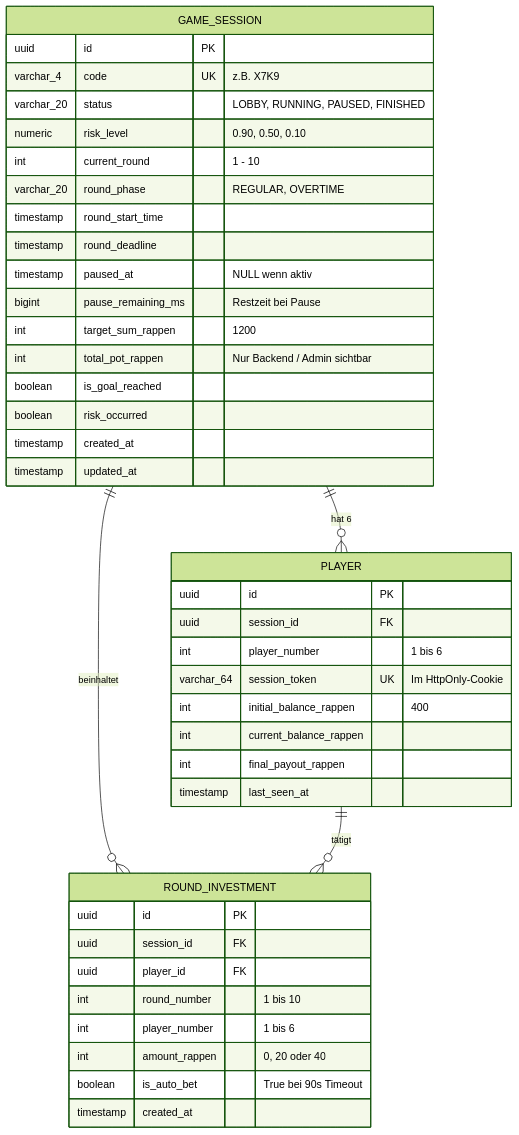
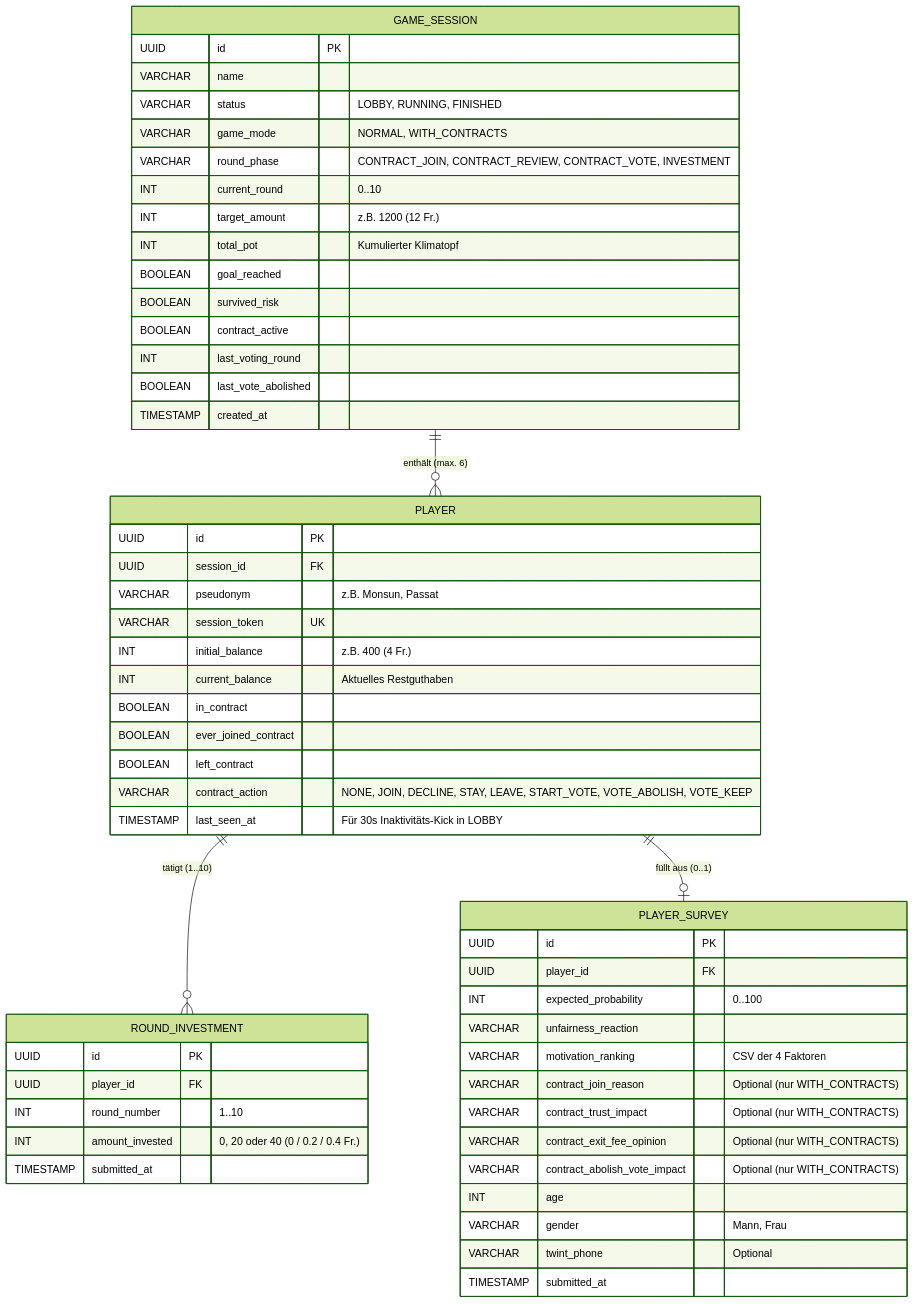
One commit to RomanBerli/climate-crd-game changed the second of 3 diagrams in plan.md. Above: the diagram before and after it, drawn with Mermaid (forest theme). The commit also changed other lines of this file and 2 other files, not shown here.

````diff
--- a/plan.md
+++ b/plan.md
@@ -39,47 +54,61 @@
 ```mermaid
 erDiagram
-    GAME_SESSION ||--o{ PLAYER : "hat 6"
-    GAME_SESSION ||--o{ ROUND_INVESTMENT : "beinhaltet"
-    PLAYER ||--o{ ROUND_INVESTMENT : "tätigt"
+    GAME_SESSION ||--o{ PLAYER : "enthält (max. 6)"
+    PLAYER ||--o{ ROUND_INVESTMENT : "tätigt (1..10)"
+    PLAYER ||--o| PLAYER_SURVEY : "füllt aus (0..1)"
 
     GAME_SESSION {
-        uuid id PK
-        varchar_4 code UK "z.B. X7K9"
-        varchar_20 status "LOBBY, RUNNING, PAUSED, FINISHED"
-        numeric risk_level "0.90, 0.50, 0.10"
-        int current_round "1 - 10"
-        varchar_20 round_phase "REGULAR, OVERTIME"
-        timestamp round_start_time
-        timestamp round_deadline
-        timestamp paused_at "NULL wenn aktiv"
-        bigint pause_remaining_ms "Restzeit bei Pause"
-        int target_sum_rappen "1200"
-        int total_pot_rappen "Nur Backend / Admin sichtbar"
-        boolean is_goal_reached
-        boolean risk_occurred
-        timestamp created_at
-        timestamp updated_at
+        UUID id PK
+        VARCHAR name
+        VARCHAR status "LOBBY, RUNNING, FINISHED"
+        VARCHAR game_mode "NORMAL, WITH_CONTRACTS"
+        VARCHAR round_phase "CONTRACT_JOIN, CONTRACT_REVIEW, CONTRACT_VOTE, INVESTMENT"
+        INT current_round "0..10"
+        INT target_amount "z.B. 1200 (12 Fr.)"
+        INT total_pot "Kumulierter Klimatopf"
+        BOOLEAN goal_reached
+        BOOLEAN survived_risk
+        BOOLEAN contract_active
+        INT last_voting_round
+        BOOLEAN last_vote_abolished
+        TIMESTAMP created_at
     }
 
     PLAYER {
-        uuid id PK
-        uuid session_id FK
-        int player_number "1 bis 6"
-        varchar_64 session_token UK "Im HttpOnly-Cookie"
-        int initial_balance_rappen "400"
-        int current_balance_rappen
-        int final_payout_rappen
-        timestamp last_seen_at
+        UUID id PK
+        UUID session_id FK
+        VARCHAR pseudonym "z.B. Monsun, Passat"
+        VARCHAR session_token UK
+        INT initial_balance "z.B. 400 (4 Fr.)"
+        INT current_balance "Aktuelles Restguthaben"
+        BOOLEAN in_contract
+        BOOLEAN ever_joined_contract
+        BOOLEAN left_contract
+        VARCHAR contract_action "NONE, JOIN, DECLINE, STAY, LEAVE, START_VOTE, VOTE_ABOLISH, VOTE_KEEP"
+        TIMESTAMP last_seen_at "Für 30s Inaktivitäts-Kick in LOBBY"
     }
 
     ROUND_INVESTMENT {
-        uuid id PK
-        uuid session_id FK
-        uuid player_id FK
-        int round_number "1 bis 10"
-        int player_number "1 bis 6"
-        int amount_rappen "0, 20 oder 40"
-        boolean is_auto_bet "True bei 90s Timeout"
-        timestamp created_at
+        UUID id PK
+        UUID player_id FK
+        INT round_number "1..10"
+        INT amount_invested "0, 20 oder 40 (0 / 0.2 / 0.4 Fr.)"
+        TIMESTAMP submitted_at
+    }
+
+    PLAYER_SURVEY {
+        UUID id PK
+        UUID player_id FK
+        INT expected_probability "0..100"
+        VARCHAR unfairness_reaction
+        VARCHAR motivation_ranking "CSV der 4 Faktoren"
+        VARCHAR contract_join_reason "Optional (nur WITH_CONTRACTS)"
+        VARCHAR contract_trust_impact "Optional (nur WITH_CONTRACTS)"
+        VARCHAR contract_exit_fee_opinion "Optional (nur WITH_CONTRACTS)"
+        VARCHAR contract_abolish_vote_impact "Optional (nur WITH_CONTRACTS)"
+        INT age
+        VARCHAR gender "Mann, Frau"
+        VARCHAR twint_phone "Optional"
+        TIMESTAMP submitted_at
     }
 ```
````
